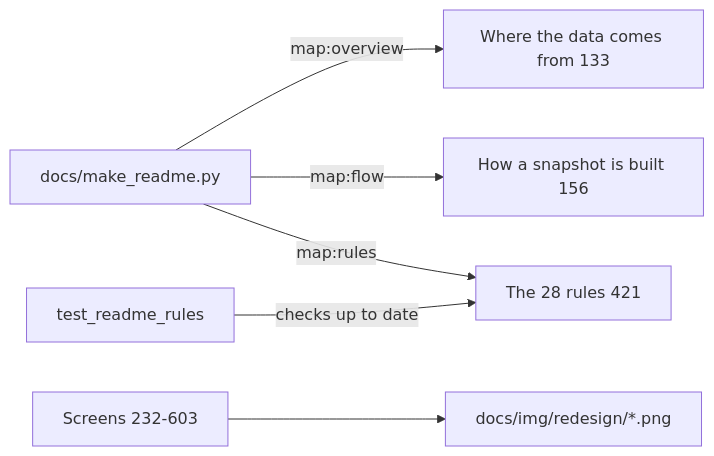
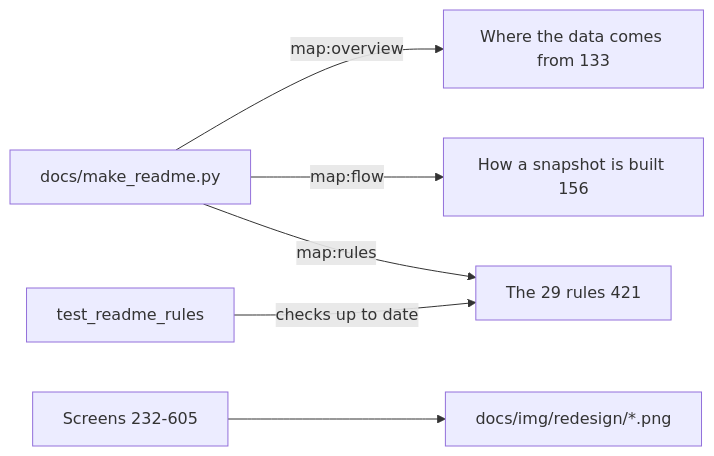
One commit to darshanmeel/snowflake-access-explorer changed the diagram in snowflake-access-explorer-knowledge-graph/documents/readme-html.md. Above: the diagram before and after it, drawn with Mermaid. The commit also changed other lines of this file and 88 other files, not shown here.

First line of the commit message:
Knowledge graph and docs for the access log; per-day charts by user, role, client, statement, R/W/DDL, object kind

````diff
--- a/snowflake-access-explorer-knowledge-graph/documents/readme-html.md
+++ b/snowflake-access-explorer-knowledge-graph/documents/readme-html.md
@@ -4,8 +4,8 @@
 ```mermaid
 flowchart LR
   MK[docs/make_readme.py] -->|map:overview| O[Where the data comes from 133]
   MK -->|map:flow| F[How a snapshot is built 156]
-  MK -->|map:rules| R[The 28 rules 421]
+  MK -->|map:rules| R[The 29 rules 421]
   T[test_readme_rules] -->|checks up to date| R
-  S[Screens 232-603] --> IMG[docs/img/redesign/*.png]
+  S[Screens 232-605] --> IMG[docs/img/redesign/*.png]
 ```
````
